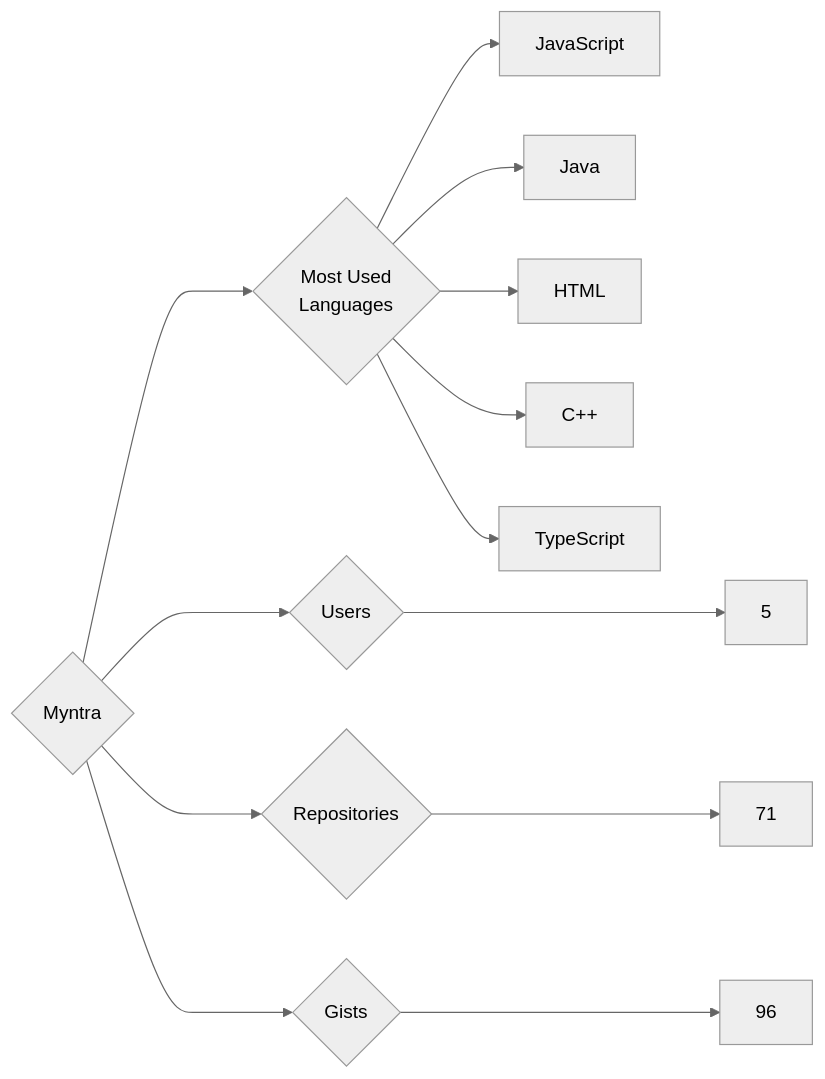
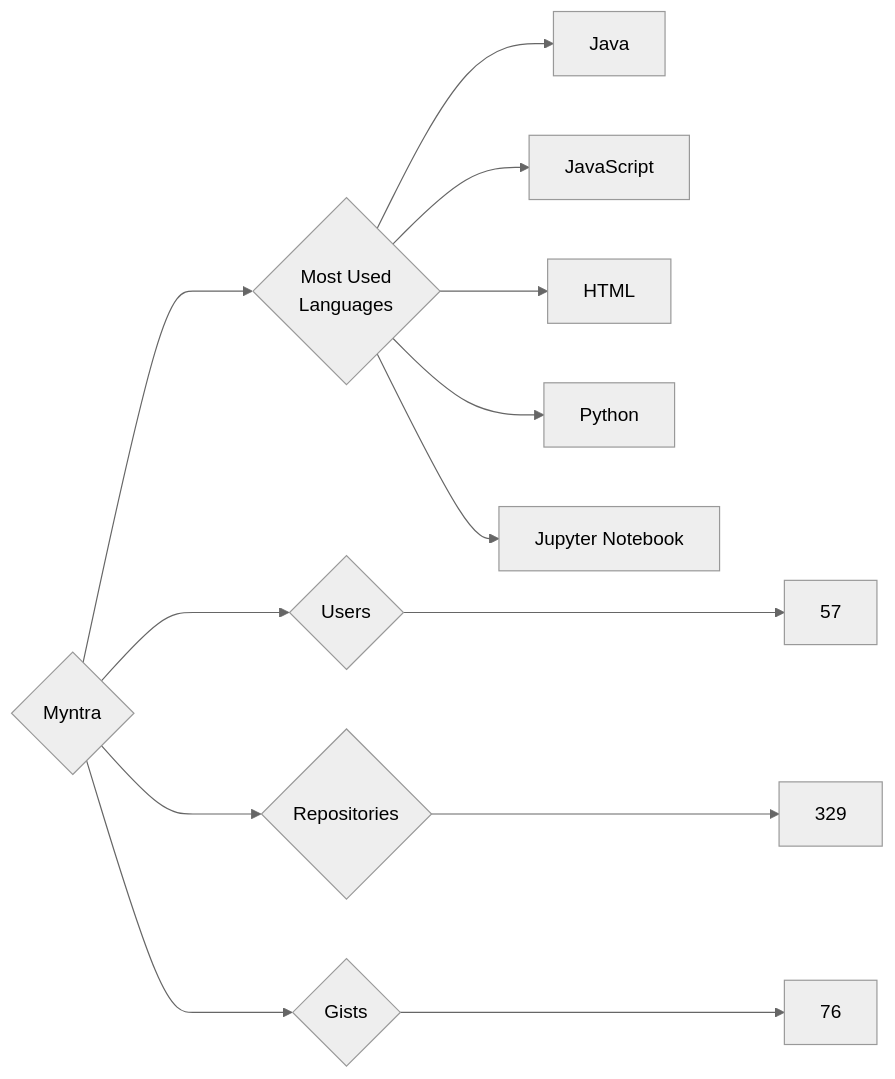
One commit to trickest/insiders changed the diagram in targets/Myntra/README.md. Above: the diagram before and after it, drawn with Mermaid (neutral theme). The commit also changed 796 other files, not shown here.

````diff
--- a/targets/Myntra/README.md
+++ b/targets/Myntra/README.md
@@ -3,13 +3,13 @@
 ```mermaid
 graph LR
 COMPANY_NAME{Myntra}
-COMPANY_NAME ---> U{Users} ---> UN[5]
-COMPANY_NAME ---> R{Repositories} ---> RN[71]
-COMPANY_NAME ---> G{Gists} ---> GN[96]
+COMPANY_NAME ---> U{Users} ---> UN[57]
+COMPANY_NAME ---> R{Repositories} ---> RN[329]
+COMPANY_NAME ---> G{Gists} ---> GN[76]
 COMPANY_NAME ---> ML{Most Used<br>Languages}
+ML --> Java[Java]
 ML --> JavaScript[JavaScript]
-ML --> Java[Java]
 ML --> HTML[HTML]
-ML --> C++[C++]
-ML --> TypeScript[TypeScript]
+ML --> Python[Python]
+ML --> Jupyter_Notebook[Jupyter Notebook]
 ```
````
